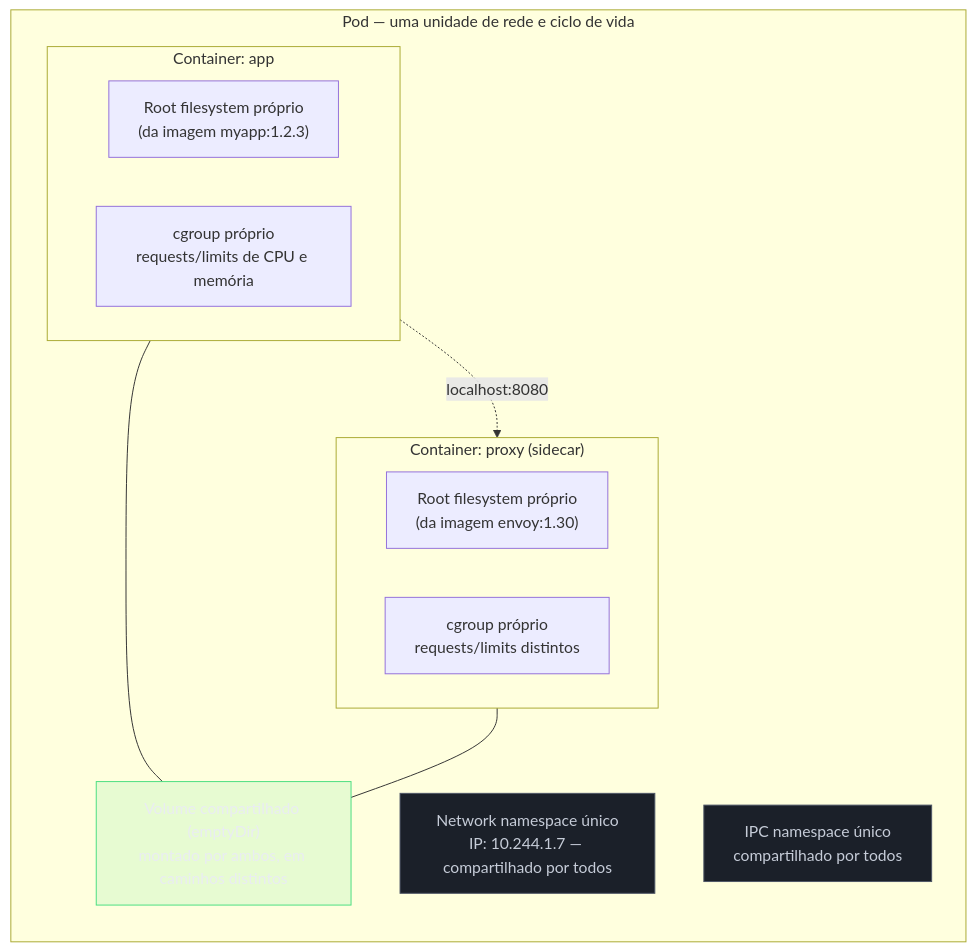
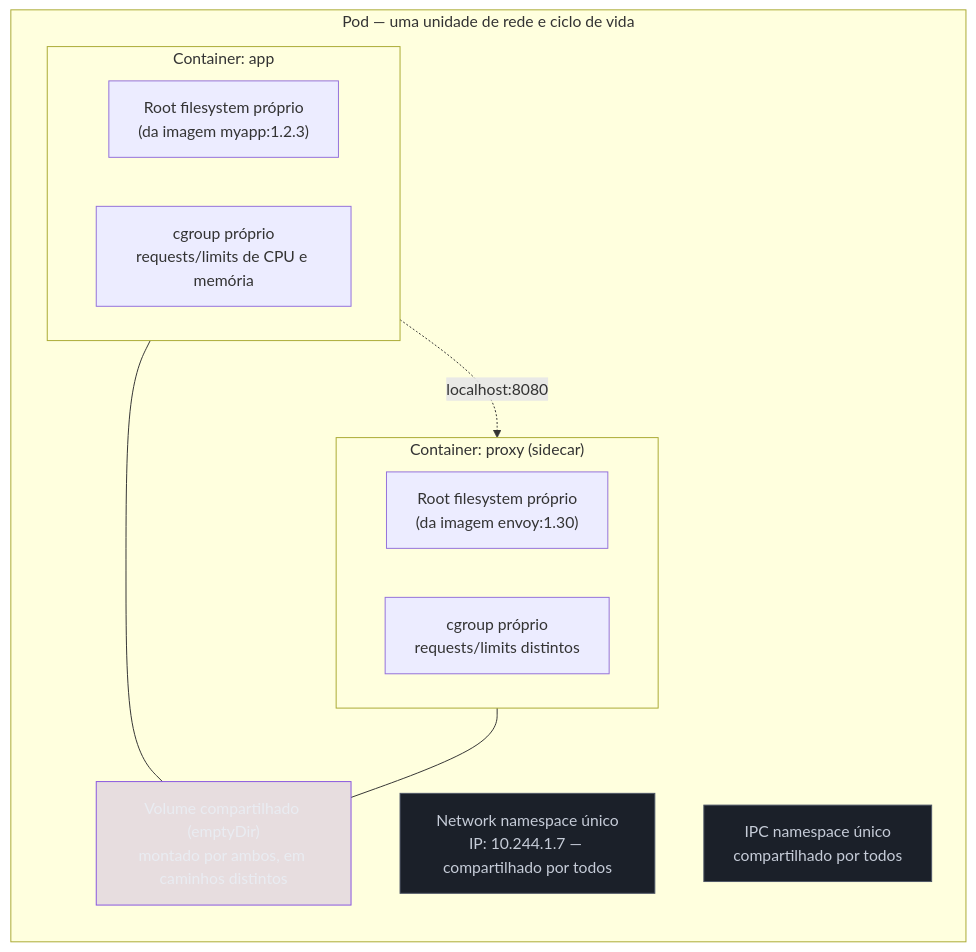
The first of 4 diagrams in 03-Dominios/Tecnologia/Infraestrutura/Kubernetes/03 - O Pod, a unidade que não é o container.md (josenaldo/codex-technomanticus), drawn with Mermaid before and after one commit. The commit also changed 601 other files, not shown here.

````diff
--- a/03-Dominios/Tecnologia/Infraestrutura/Kubernetes/03 - O Pod, a unidade que não é o container.md
+++ b/03-Dominios/Tecnologia/Infraestrutura/Kubernetes/03 - O Pod, a unidade que não é o container.md
@@ -45,26 +45,26 @@
 ```mermaid
 graph TB
+    classDef marca fill:#8855DF33,stroke:#8855DF,color:#E9ECF2
     classDef neutro fill:#1B2029,stroke:#4E5666,color:#C6CCD8
-    classDef ok fill:#4ADE8021,stroke:#4ADE80,color:#E9ECF2
     subgraph POD["Pod — uma unidade de rede e ciclo de vida"]
         direction TB
         NS["Network namespace único<br/>IP: 10.244.1.7 — compartilhado por todos"]
         IPC["IPC namespace único<br/>compartilhado por todos"]
         subgraph C1["Container: app"]
             FS1["Root filesystem próprio<br/>(da imagem myapp:1.2.3)"]
             CG1["cgroup próprio<br/>requests/limits de CPU e memória"]
         end
         subgraph C2["Container: proxy (sidecar)"]
             FS2["Root filesystem próprio<br/>(da imagem envoy:1.30)"]
             CG2["cgroup próprio<br/>requests/limits distintos"]
         end
         VOL["Volume compartilhado (emptyDir)<br/>montado por ambos, em caminhos distintos"]
         C1 -.->|"localhost:8080"| C2
         C1 --- VOL
         C2 --- VOL
     end
 
     class NS neutro
     class IPC neutro
-    class VOL ok
+    class VOL marca
 ```
````
